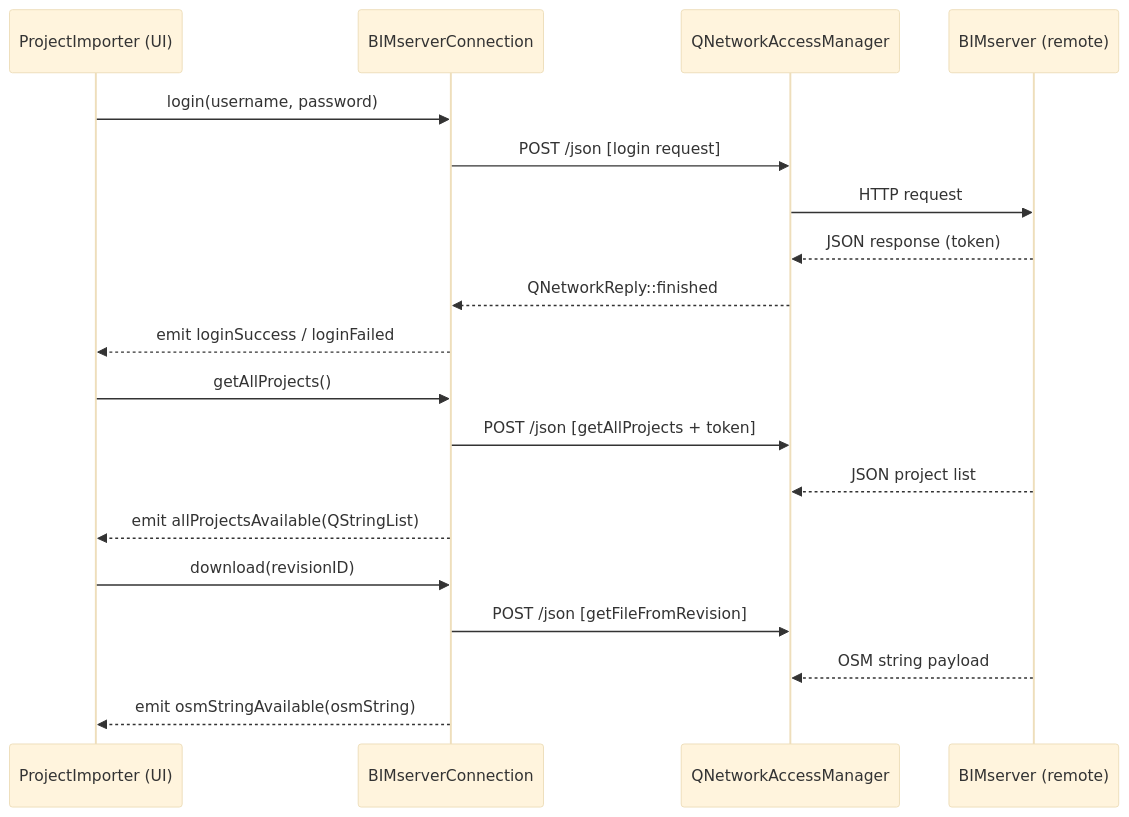
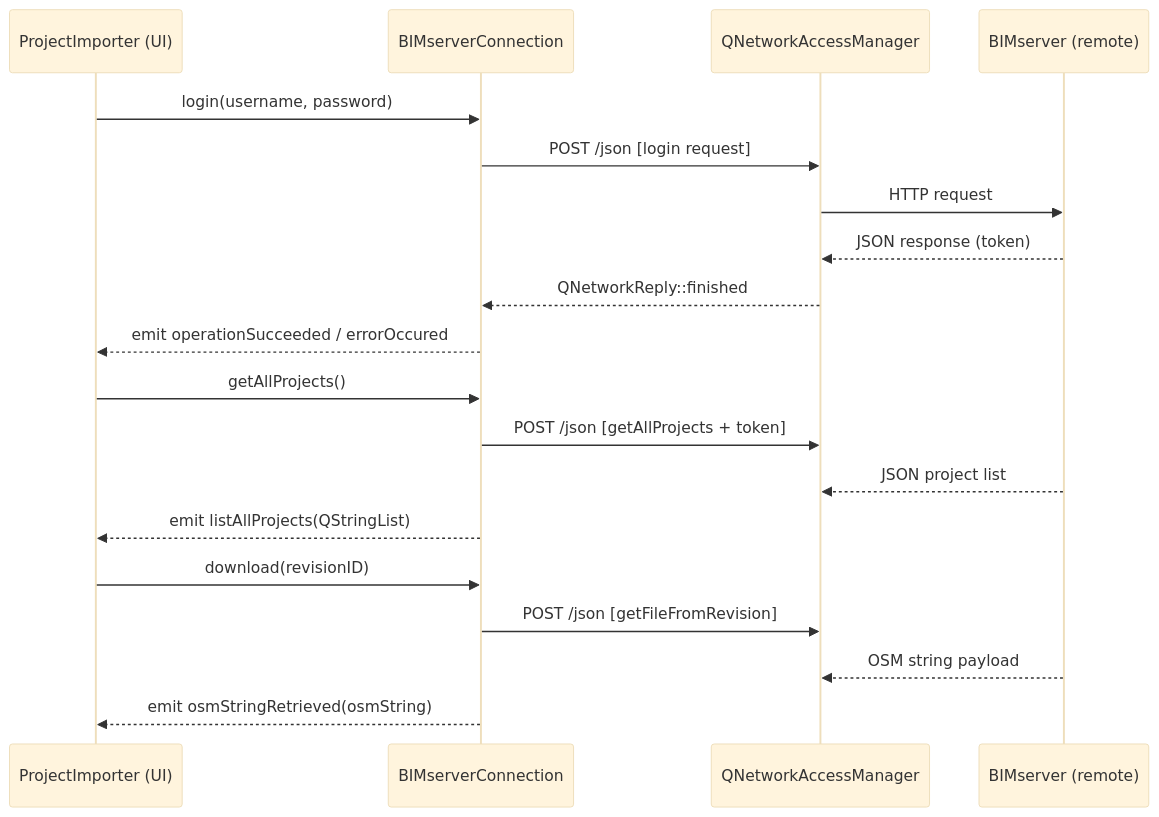
One commit to openstudiocoalition/OpenStudioApplication changed the second of 2 diagrams in developer/doc/libraries/bimserver.md. Above: the diagram before and after it, drawn with Mermaid (base theme). The commit also changed other lines of this file and 10 other files, not shown here.

````diff
--- a/developer/doc/libraries/bimserver.md
+++ b/developer/doc/libraries/bimserver.md
@@ -63,24 +67,24 @@
 ```mermaid
 sequenceDiagram
   participant UI as ProjectImporter (UI)
   participant CONN as BIMserverConnection
   participant NET as QNetworkAccessManager
   participant BIM as BIMserver (remote)
 
   UI->>CONN: login(username, password)
   CONN->>NET: POST /json [login request]
   NET->>BIM: HTTP request
   BIM-->>NET: JSON response (token)
   NET-->>CONN: QNetworkReply::finished
-  CONN-->>UI: emit loginSuccess / loginFailed
+  CONN-->>UI: emit operationSucceeded / errorOccured
 
   UI->>CONN: getAllProjects()
   CONN->>NET: POST /json [getAllProjects + token]
   BIM-->>NET: JSON project list
-  CONN-->>UI: emit allProjectsAvailable(QStringList)
+  CONN-->>UI: emit listAllProjects(QStringList)
 
   UI->>CONN: download(revisionID)
   CONN->>NET: POST /json [getFileFromRevision]
   BIM-->>NET: OSM string payload
-  CONN-->>UI: emit osmStringAvailable(osmString)
+  CONN-->>UI: emit osmStringRetrieved(osmString)
 ```
````
